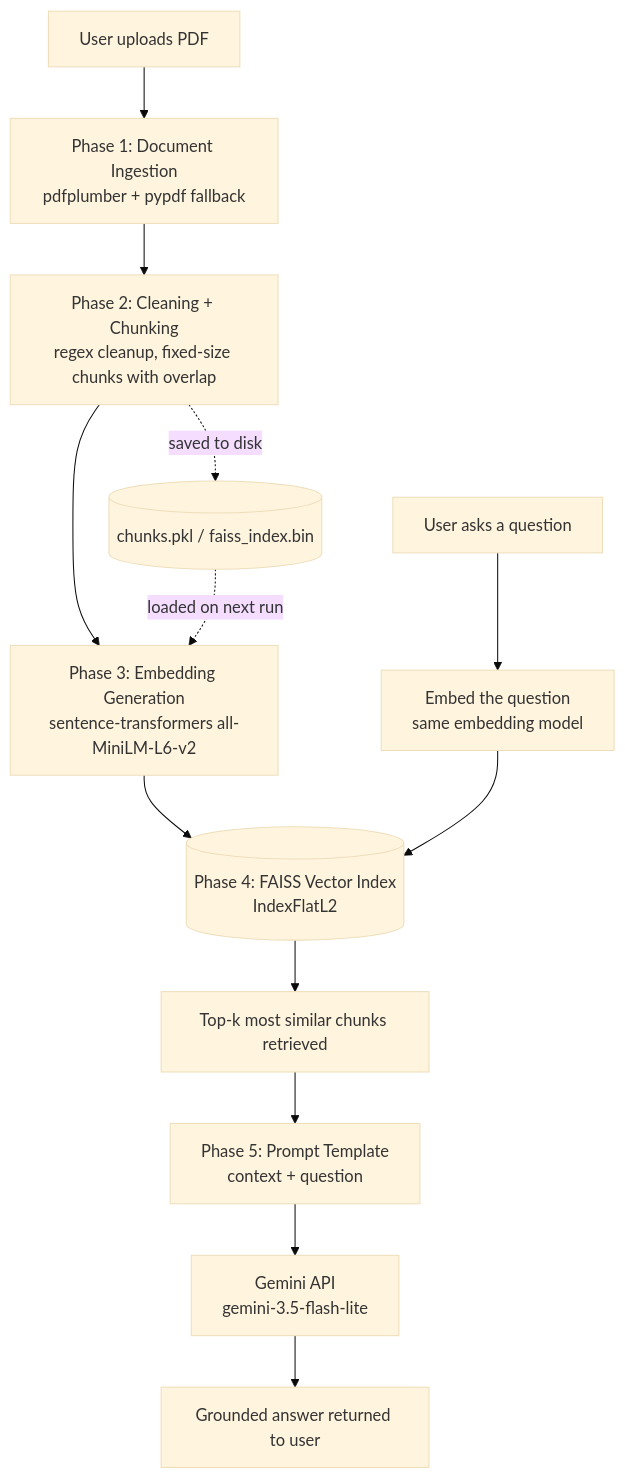
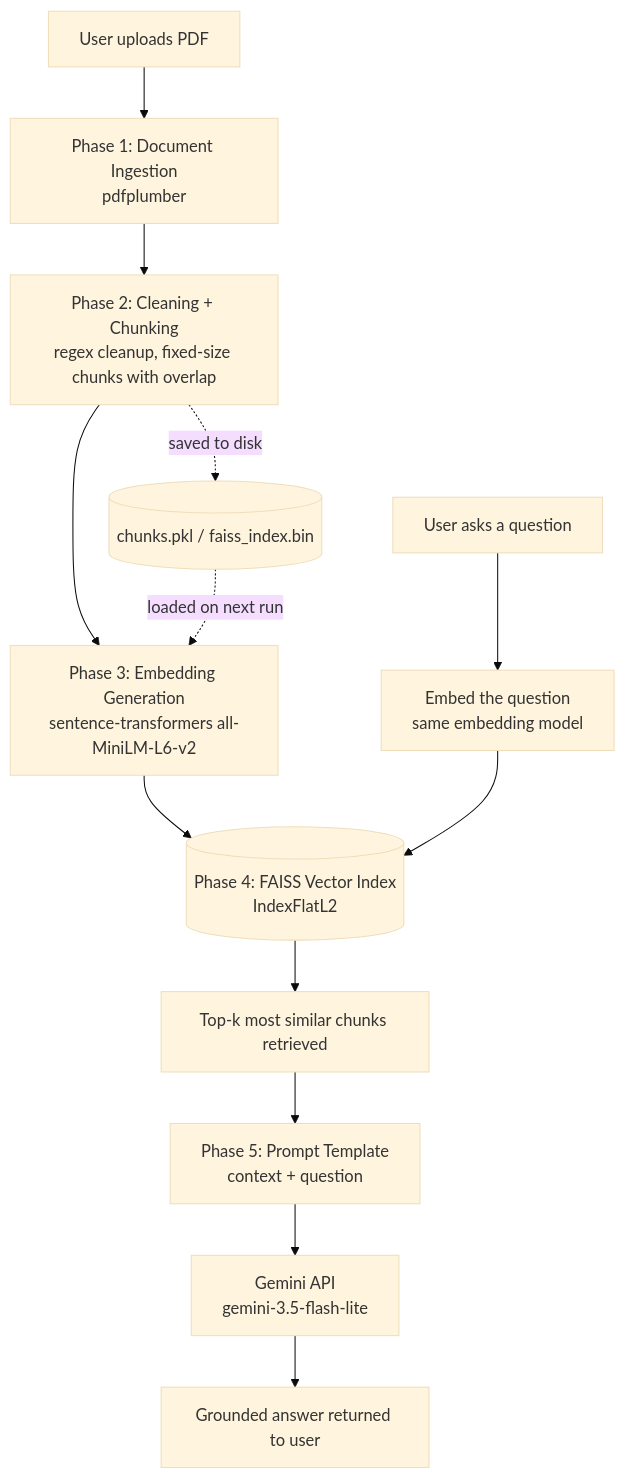
One commit to CharanrajSridharan/-rag-document-assistant changed the diagram in README.md. Above: the diagram before and after it, drawn with Mermaid (base theme).

````diff
--- a/README.md
+++ b/README.md
@@ -21,15 +21,15 @@
 ```mermaid
 flowchart TD
-    A[User uploads PDF] --> B[Phase 1: Document Ingestion<br/>pdfplumber + pypdf fallback]
+    A[User uploads PDF] --> B[Phase 1: Document Ingestion<br/>pdfplumber]
     B --> C[Phase 2: Cleaning + Chunking<br/>regex cleanup, fixed-size chunks with overlap]
     C --> D[Phase 3: Embedding Generation<br/>sentence-transformers all-MiniLM-L6-v2]
     D --> E[(Phase 4: FAISS Vector Index<br/>IndexFlatL2)]
     F[User asks a question] --> G[Embed the question<br/>same embedding model]
     G --> E
     E --> H[Top-k most similar chunks retrieved]
     H --> I[Phase 5: Prompt Template<br/>context + question]
     I --> J[Gemini API<br/>gemini-3.5-flash-lite]
     J --> K[Grounded answer returned to user]
     C -.saved to disk.-> L[(chunks.pkl / faiss_index.bin)]
     L -.loaded on next run.-> D
 ```
````
